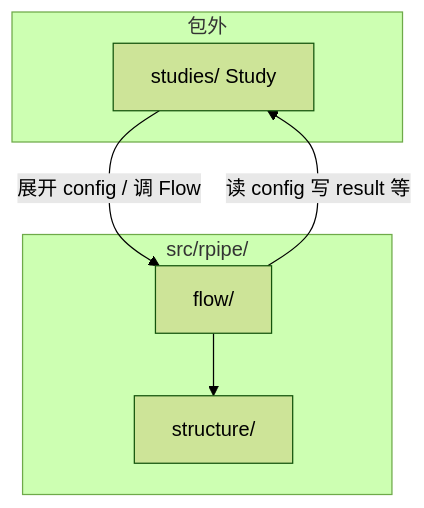
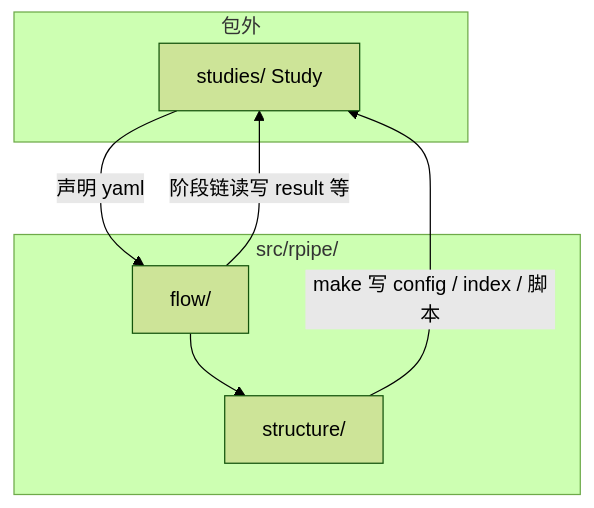
One commit to diaoenmao/RPipe changed the diagram in docs/LAYOUT.md. Above: the diagram before and after it, drawn with Mermaid (forest theme). The commit also changed other lines of this file and 26 other files, not shown here.

First line of the commit message:
Place make in structure and cli in flow, and align the docs.

````diff
--- a/docs/LAYOUT.md
+++ b/docs/LAYOUT.md
@@ -33,13 +33,14 @@
 ```mermaid
 flowchart TB
   subgraph outside [包外]
     studies[studies/ Study]
   end
   subgraph lib [src/rpipe/]
     structure[structure/]
     flow[flow/]
   end
-  studies -->|展开 config / 调 Flow| flow
+  studies -->|声明 yaml| flow
   flow --> structure
-  flow -->|读 config 写 result 等| studies
+  structure -->|make 写 config / index / 脚本| studies
+  flow -->|阶段链读写 result 等| studies
 ```
````
